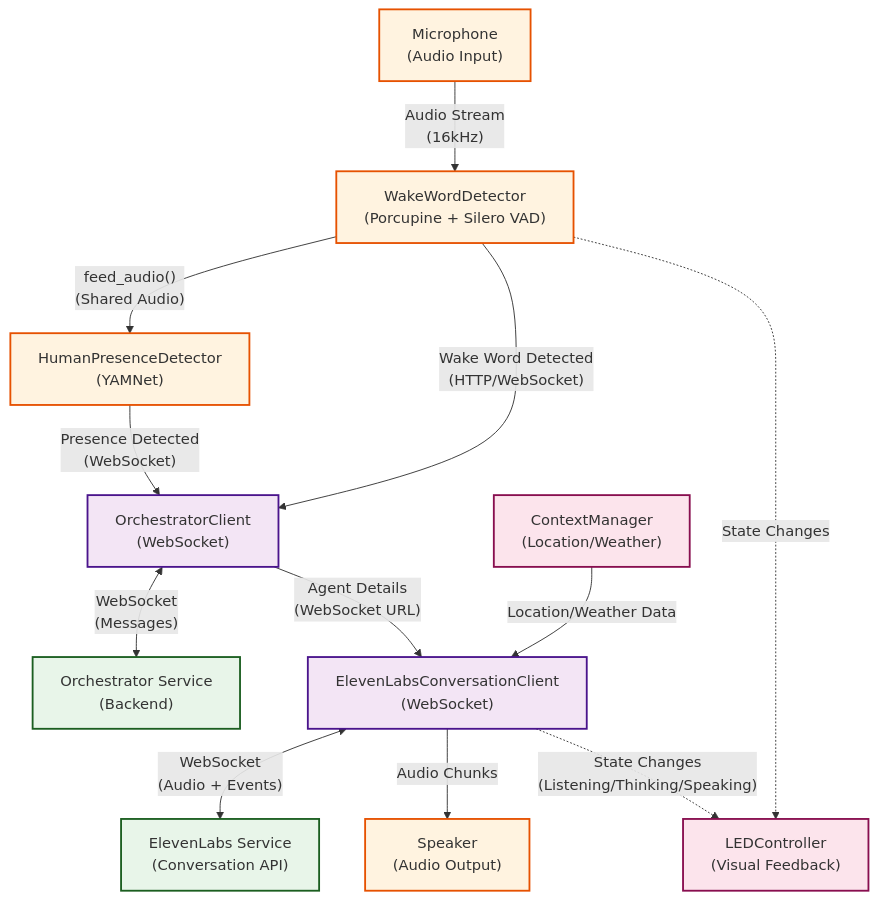
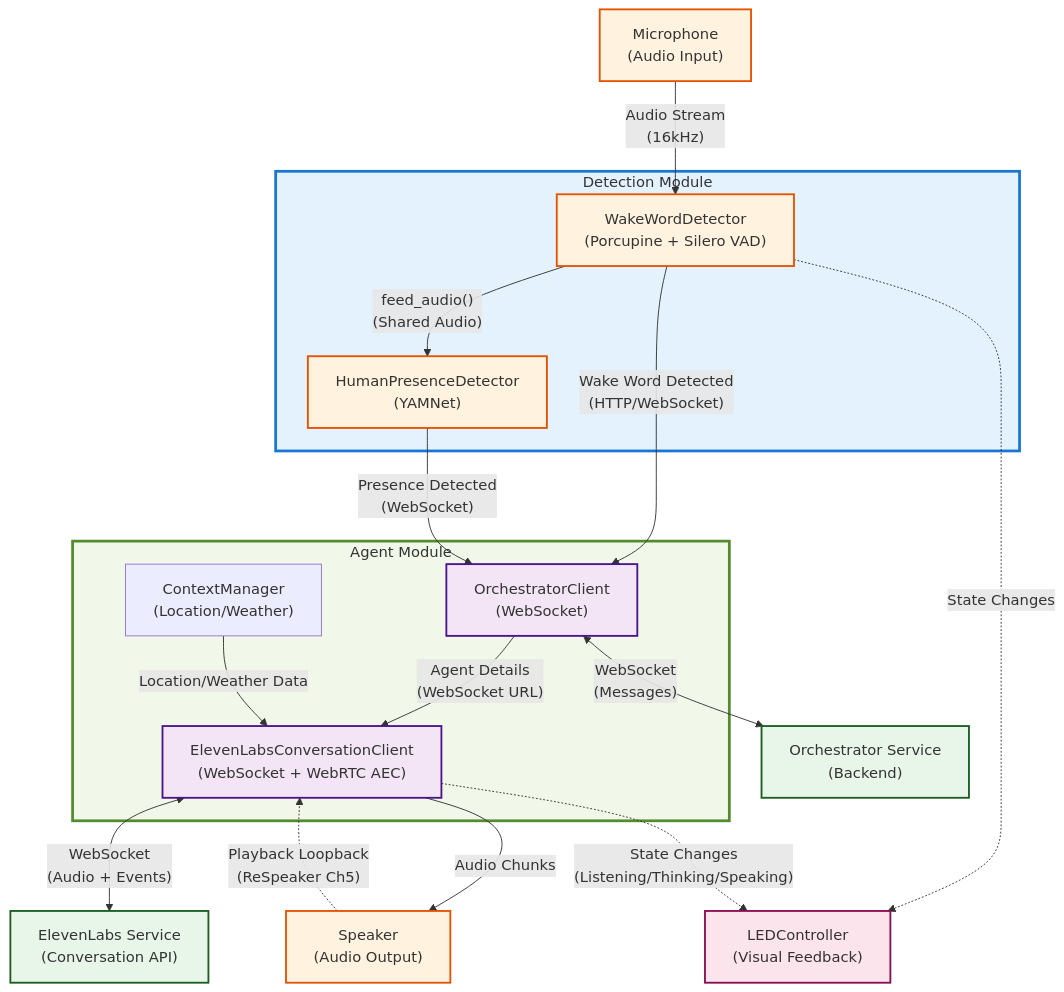
Before and after one commit to companionsand/raspberry-pi-client: the diagram in docs/architecture.mmd, drawn with Mermaid. The commit also changed 39 other files, not shown here.

Commit message:
Refactor architecture

```diff
--- a/docs/architecture.mmd
+++ b/docs/architecture.mmd
@@ -1,52 +1,66 @@
 graph TB
-    %% Audio Processing Components
+    %% Audio Input/Output
     Mic["Microphone<br/>(Audio Input)"]
-    WakeWordDetector["WakeWordDetector<br/>(Porcupine + Silero VAD)"]
-    HumanPresenceDetector["HumanPresenceDetector<br/>(YAMNet)"]
+    Speaker["Speaker<br/>(Audio Output)"]
     
-    %% Communication Components
-    OrchestratorClient["OrchestratorClient<br/>(WebSocket)"]
-    ElevenLabsClient["ElevenLabsConversationClient<br/>(WebSocket)"]
+    %% Detection Module
+    subgraph detection ["Detection Module"]
+        WakeWordDetector["WakeWordDetector<br/>(Porcupine + Silero VAD)"]
+        HumanPresenceDetector["HumanPresenceDetector<br/>(YAMNet)"]
+    end
+    
+    %% Agent Module
+    subgraph agent ["Agent Module"]
+        OrchestratorClient["OrchestratorClient<br/>(WebSocket)"]
+        ContextManager["ContextManager<br/>(Location/Weather)"]
+        ElevenLabsClient["ElevenLabsConversationClient<br/>(WebSocket + WebRTC AEC)"]
+    end
     
     %% External Services
     OrchestratorService["Orchestrator Service<br/>(Backend)"]
     ElevenLabsService["ElevenLabs Service<br/>(Conversation API)"]
     
     %% Supporting Components
     LEDController["LEDController<br/>(Visual Feedback)"]
-    ContextManager["ContextManager<br/>(Location/Weather)"]
-    Speaker["Speaker<br/>(Audio Output)"]
     
     %% Audio Flow
     Mic -->|"Audio Stream<br/>(16kHz)"| WakeWordDetector
     WakeWordDetector -->|"feed_audio()<br/>(Shared Audio)"| HumanPresenceDetector
     
     %% Detection Flow
     WakeWordDetector -->|"Wake Word Detected<br/>(HTTP/WebSocket)"| OrchestratorClient
     HumanPresenceDetector -->|"Presence Detected<br/>(WebSocket)"| OrchestratorClient
     
     %% Orchestrator Communication
     OrchestratorClient <-->|"WebSocket<br/>(Messages)"| OrchestratorService
     OrchestratorClient -->|"Agent Details<br/>(WebSocket URL)"| ElevenLabsClient
     
     %% ElevenLabs Communication
     ElevenLabsClient <-->|"WebSocket<br/>(Audio + Events)"| ElevenLabsService
     ElevenLabsClient -->|"Audio Chunks"| Speaker
     
+    %% Echo Cancellation Flow
+    %% Agent output → Speaker → ReSpeaker Ch5 (hardware loopback) → WebRTC AEC in ElevenLabsClient
+    Speaker -.->|"Playback Loopback<br/>(ReSpeaker Ch5)"| ElevenLabsClient
+    
     %% Context Manager Usage
     ContextManager -->|"Location/Weather Data"| ElevenLabsClient
     
     %% LED Feedback
     WakeWordDetector -.->|"State Changes"| LEDController
     ElevenLabsClient -.->|"State Changes<br/>(Listening/Thinking/Speaking)"| LEDController
     
     %% Styling
     classDef audioComponent fill:#fff3e0,stroke:#e65100,stroke-width:2px
     classDef commComponent fill:#f3e5f5,stroke:#4a148c,stroke-width:2px
     classDef externalService fill:#e8f5e9,stroke:#1b5e20,stroke-width:2px
     classDef supportComponent fill:#fce4ec,stroke:#880e4f,stroke-width:2px
+    classDef detectionModule fill:#e3f2fd,stroke:#1976d2,stroke-width:3px
+    classDef agentModule fill:#f1f8e9,stroke:#558b2f,stroke-width:3px
     
     class WakeWordDetector,HumanPresenceDetector,Mic,Speaker audioComponent
     class OrchestratorClient,ElevenLabsClient commComponent
     class OrchestratorService,ElevenLabsService externalService
-    class LEDController,ContextManager supportComponent
+    class LEDController supportComponent
+    class detection detectionModule
+    class agent agentModule
```
